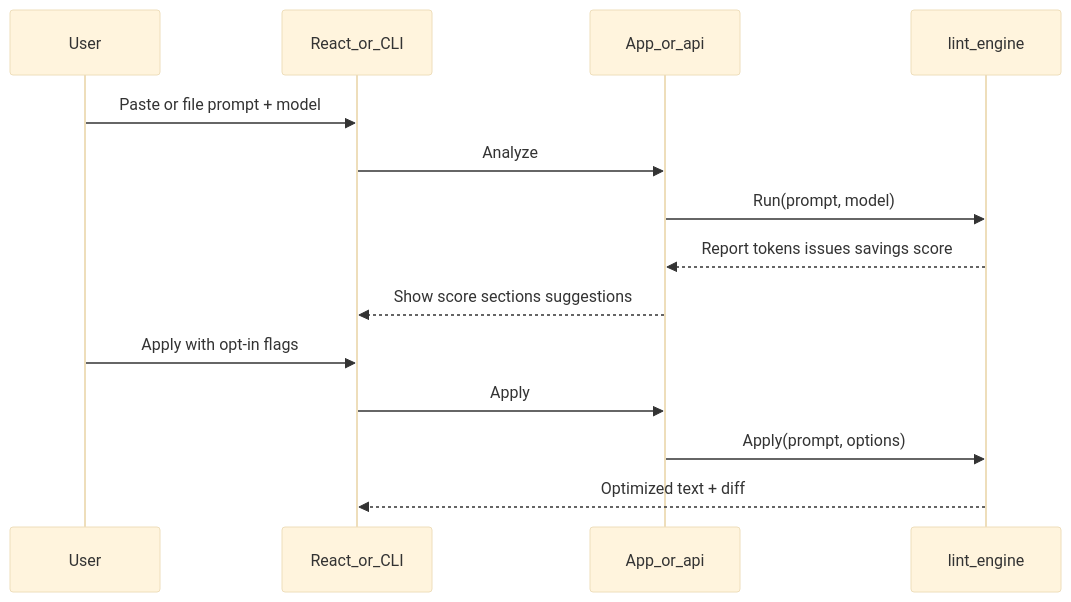
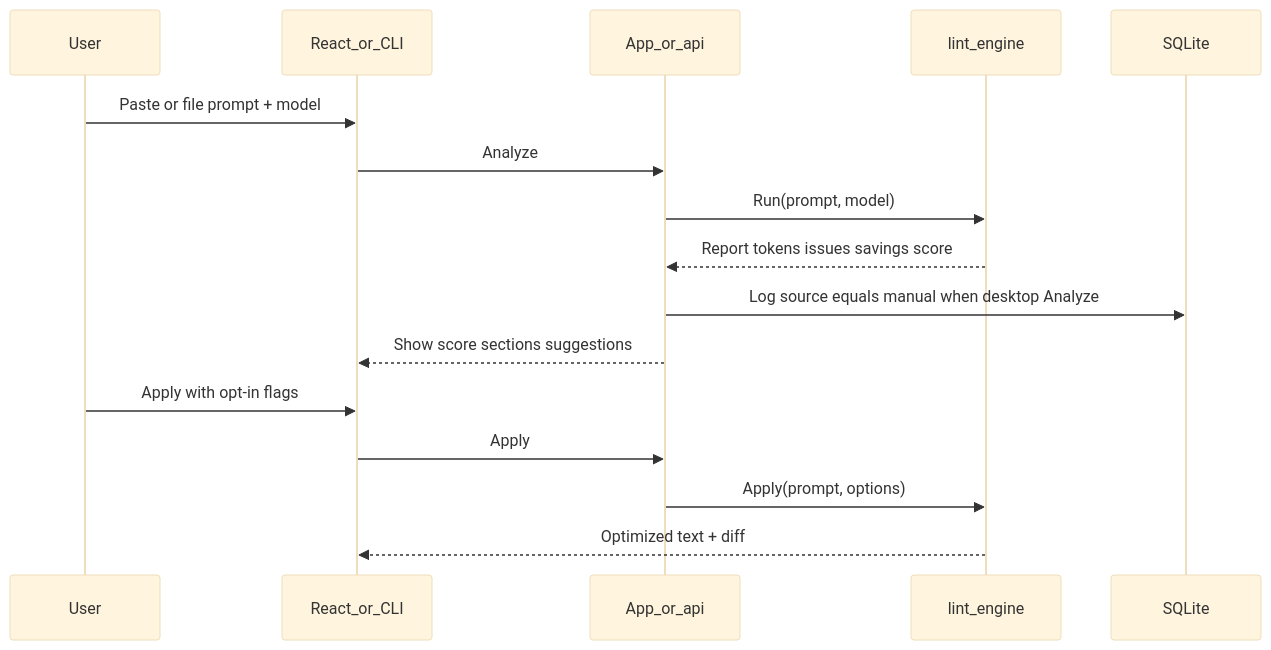
The second of 3 diagrams in docs/architecture.md (mcscottj/distilly), drawn with Mermaid (base theme) before and after one commit. The commit also changed other lines of this file and 6 other files, not shown here.

````diff
--- a/docs/architecture.md
+++ b/docs/architecture.md
@@ -59,17 +59,19 @@
 ```mermaid
 sequenceDiagram
   participant User
   participant UI as React_or_CLI
   participant App as App_or_api
   participant Lint as lint_engine
+  participant DB as SQLite
 
   User->>UI: Paste or file prompt + model
   UI->>App: Analyze
   App->>Lint: Run(prompt, model)
   Lint-->>App: Report tokens issues savings score
+  App->>DB: Log source equals manual when desktop Analyze
   App-->>UI: Show score sections suggestions
   User->>UI: Apply with opt-in flags
   UI->>App: Apply
   App->>Lint: Apply(prompt, options)
   Lint-->>UI: Optimized text + diff
 ```
````
